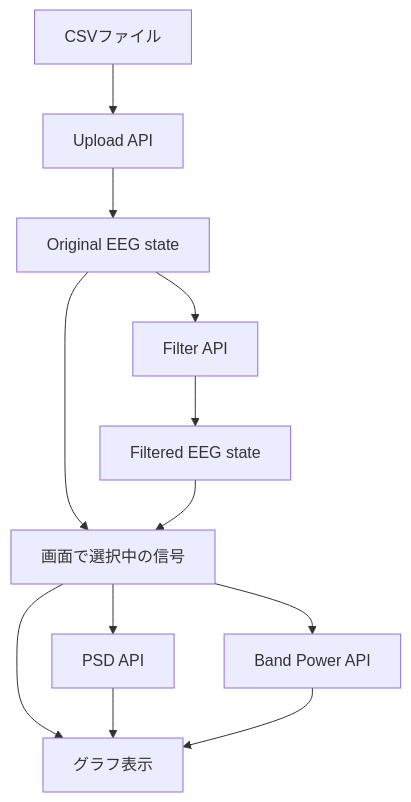
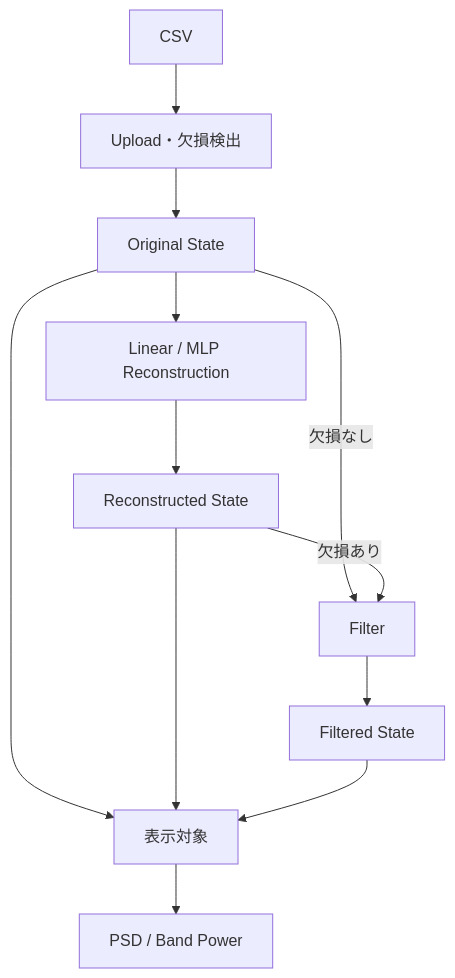
The diagram in doc/03_データフロー.md (ryoma-1999/eeg-analysis-platform), drawn with Mermaid before and after one commit. The commit also changed other lines of this file, not shown here.

````diff
--- a/doc/03_データフロー.md
+++ b/doc/03_データフロー.md
@@ -32,24 +13,14 @@
 ```mermaid
 flowchart TB
-    C["CSVファイル"]
-    U["Upload API"]
-    O["Original EEG state"]
-    F["Filter API"]
-    FD["Filtered EEG state"]
-    D["画面で選択中の信号"]
-    P["PSD API"]
-    BP["Band Power API"]
-    V["グラフ表示"]
-
-    C --> U
-    U --> O
-    O --> F
-    F --> FD
-    O --> D
-    FD --> D
-    D --> P
-    D --> BP
-    D --> V
-    P --> V
-    BP --> V
+    C["CSV"] --> U["Upload・欠損検出"]
+    U --> O["Original State"]
+    O --> R["Linear / MLP Reconstruction"]
+    R --> RS["Reconstructed State"]
+    O -->|"欠損なし"| F["Filter"]
+    RS -->|"欠損あり"| F
+    F --> FS["Filtered State"]
+    O --> D["表示対象"]
+    RS --> D
+    FS --> D
+    D --> P["PSD / Band Power"]
 ```
````
